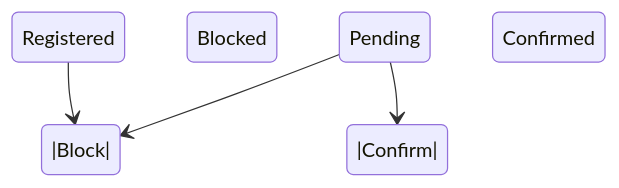
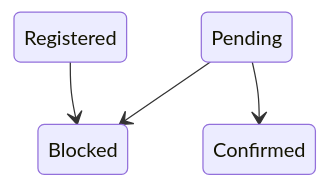
One commit to chalfel/statechart changed the first of 2 diagrams in README.md. Above: the diagram before and after it, drawn with Mermaid. The commit also changed 1 other file, not shown here.

````diff
--- a/README.md
+++ b/README.md
@@ -80,6 +80,6 @@
 ```mermaid
 stateDiagram-v2
-    Pending -->|Block| Blocked
-    Registered -->|Block| Blocked
-    Pending -->|Confirm| Confirmed
+    Pending --> Blocked
+    Registered --> Blocked
+    Pending --> Confirmed
 ```
````
